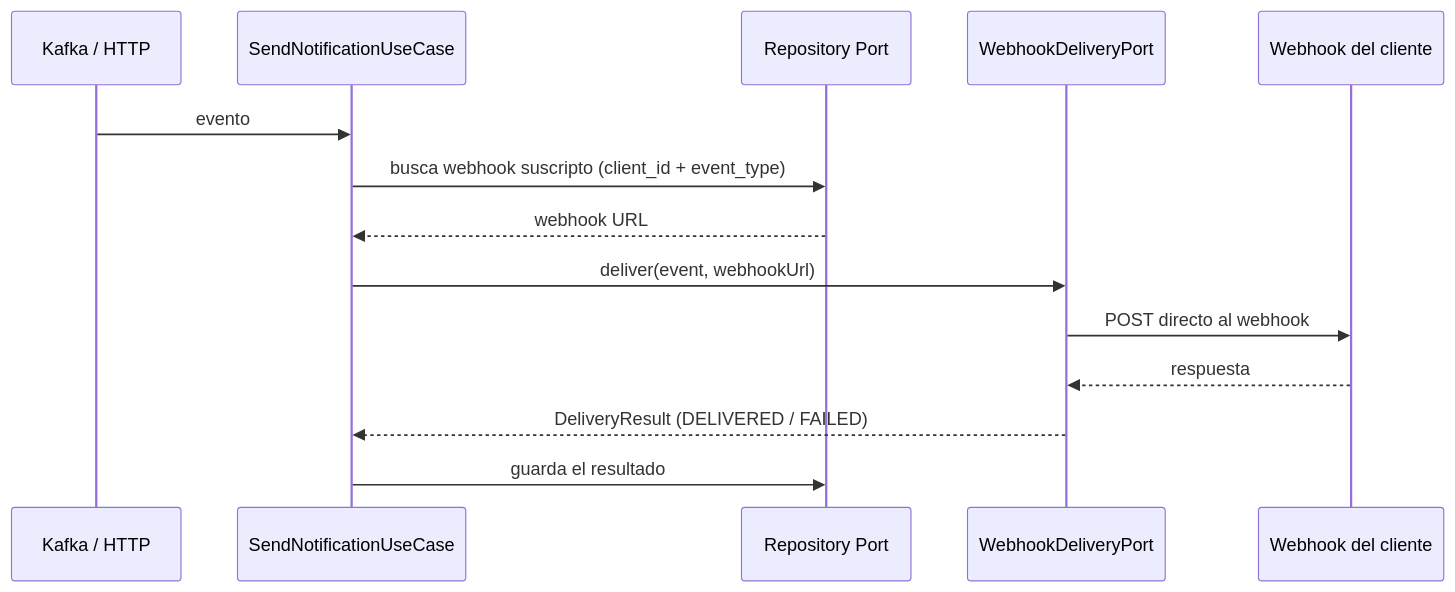
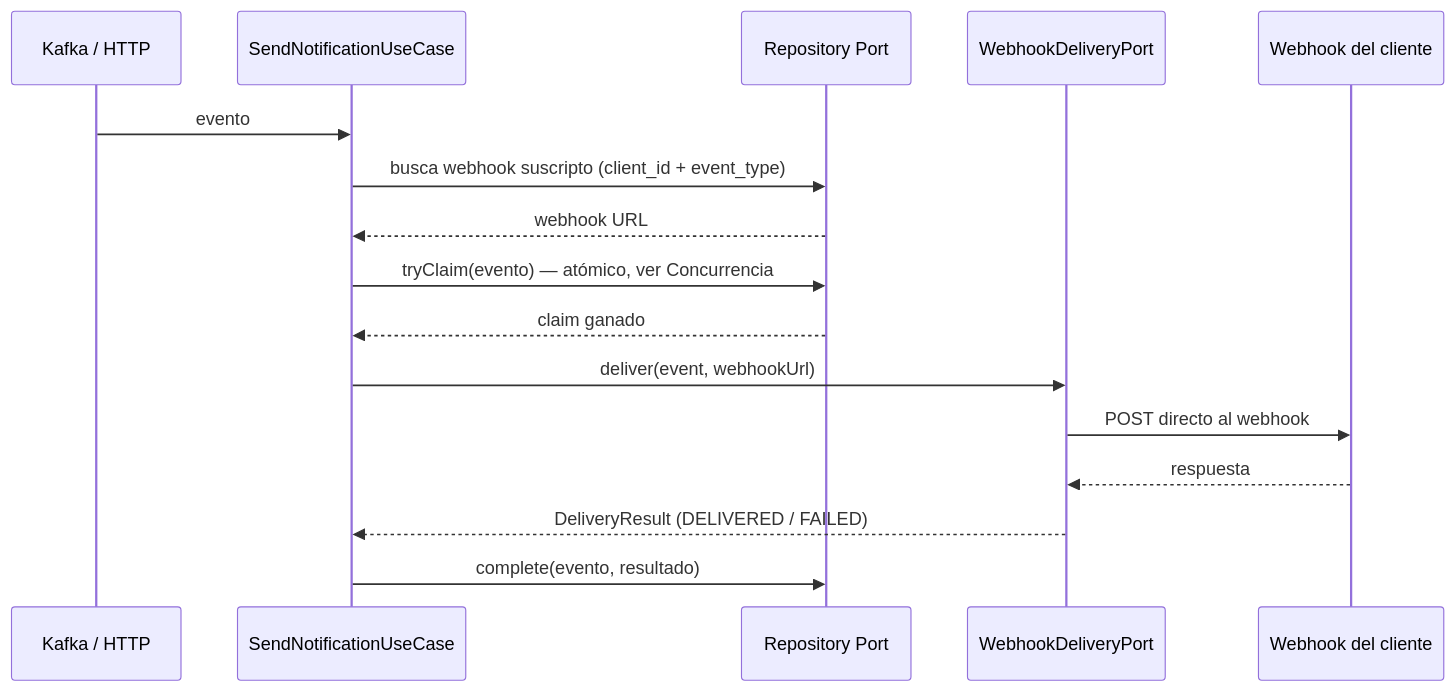
The second of 2 diagrams in README.md (mlpaz/cobre-challenge), drawn with Mermaid before and after one commit. The commit also changed other lines of this file and 26 other files, not shown here.

````diff
--- a/README.md
+++ b/README.md
@@ -55,17 +52,19 @@
 ```mermaid
 sequenceDiagram
     participant Origen as Kafka / HTTP
     participant UseCase as SendNotificationUseCase
     participant Repo as Repository Port
     participant Delivery as WebhookDeliveryPort
     participant Webhook as Webhook del cliente
 
     Origen->>UseCase: evento
     UseCase->>Repo: busca webhook suscripto (client_id + event_type)
     Repo-->>UseCase: webhook URL
+    UseCase->>Repo: tryClaim(evento) — atómico, ver Concurrencia
+    Repo-->>UseCase: claim ganado
     UseCase->>Delivery: deliver(event, webhookUrl)
     Delivery->>Webhook: POST directo al webhook
     Webhook-->>Delivery: respuesta
     Delivery-->>UseCase: DeliveryResult (DELIVERED / FAILED)
-    UseCase->>Repo: guarda el resultado
+    UseCase->>Repo: complete(evento, resultado)
 ```
````
